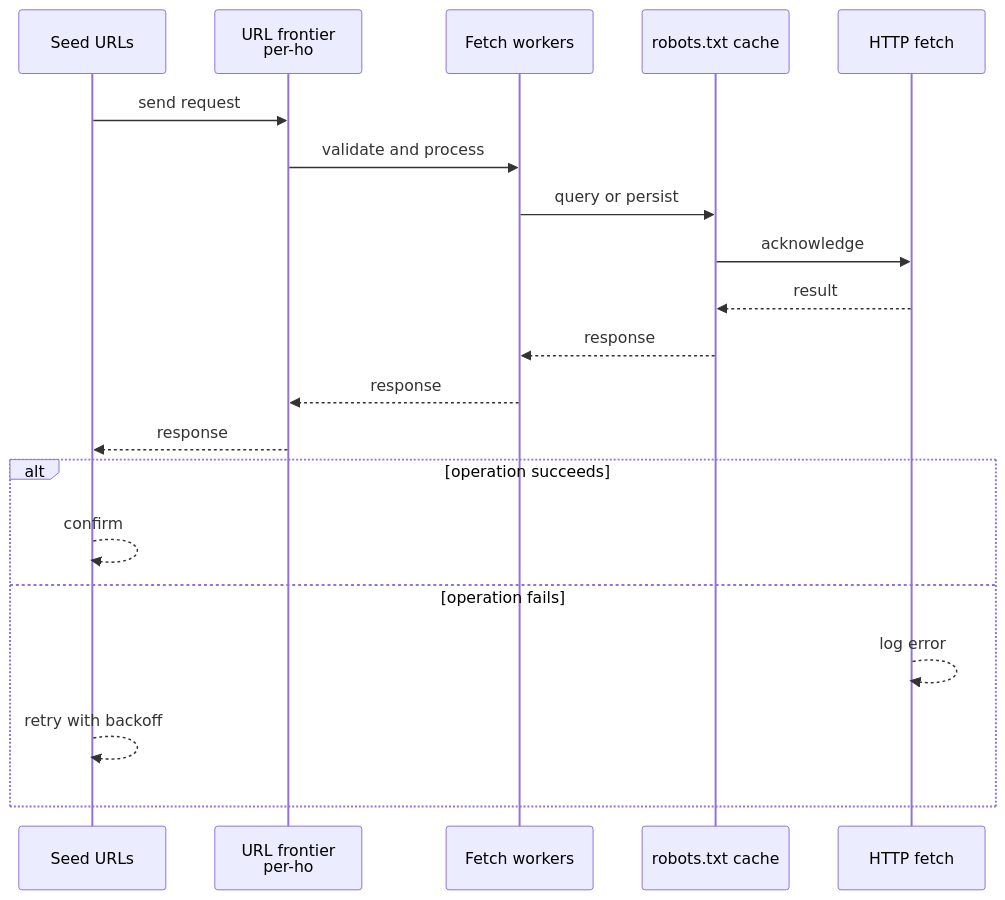
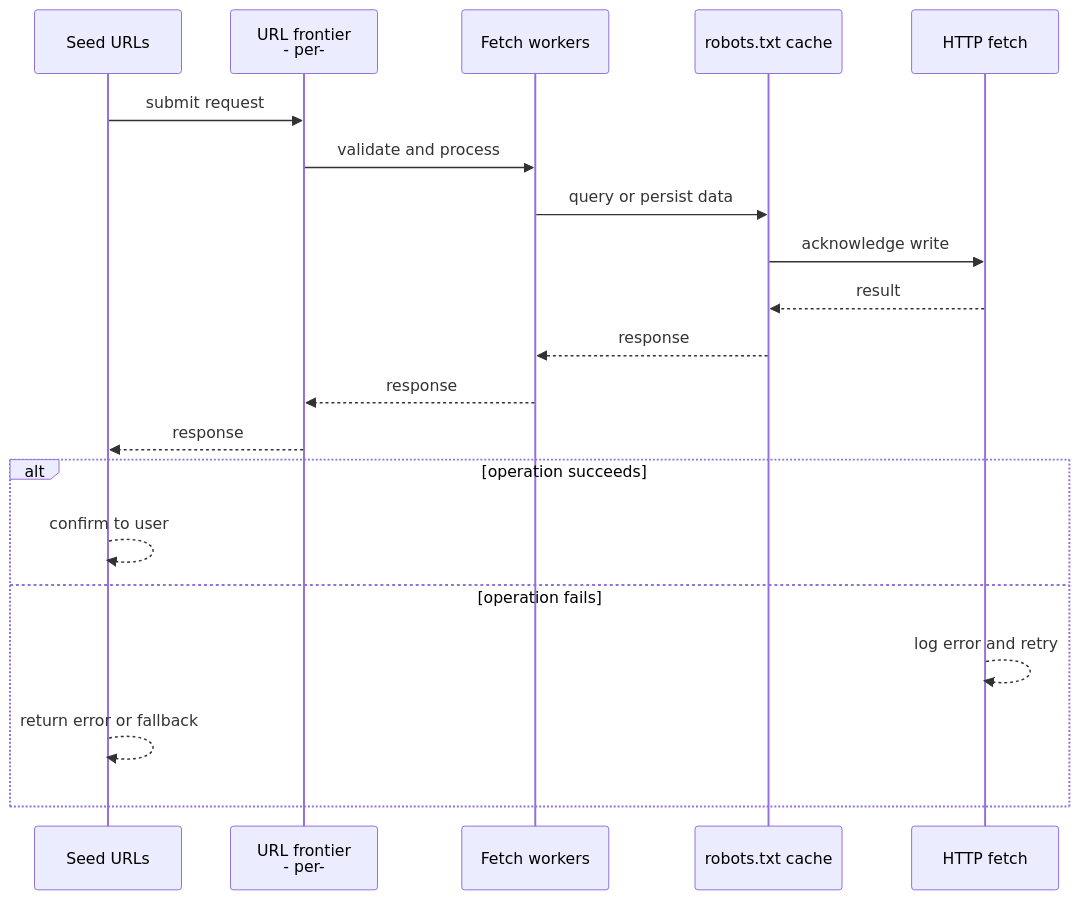
One commit to RIT-MESH/system-design-mastery changed the second of 4 diagrams in case-studies/beginner/web-crawler.md. Above: the diagram before and after it, drawn with Mermaid. The commit also changed other lines of this file and 127 other files, not shown here.

First line of the commit message:
Improve all case study diagrams: case-specific sequences, fix truncated labels

````diff
--- a/case-studies/beginner/web-crawler.md
+++ b/case-studies/beginner/web-crawler.md
@@ -80,23 +80,23 @@
 ```mermaid
 %% created-for: system-design-mastery
 sequenceDiagram
-  participant C0 as Seed URLs
-  participant C1 as URL frontier<br > per-ho
-  participant C2 as Fetch workers
-  participant C3 as robots.txt cache
-  participant C4 as HTTP fetch
-  C0 ->> C1: send request
-  C1 ->> C2: validate and process
-  C2 ->> C3: query or persist
-  C3 ->> C4: acknowledge
-  C4 -->> C3: result
-  C3 -->> C2: response
-  C2 -->> C1: response
-  C1 -->> C0: response
+  participant P0 as Seed URLs
+  participant P1 as URL frontier<br > - per-
+  participant P2 as Fetch workers
+  participant P3 as robots.txt cache
+  participant P4 as HTTP fetch
+  P0 ->> P1: submit request
+  P1 ->> P2: validate and process
+  P2 ->> P3: query or persist data
+  P3 ->> P4: acknowledge write
+  P4 -->> P3: result
+  P3 -->> P2: response
+  P2 -->> P1: response
+  P1 -->> P0: response
   alt operation succeeds
-    C0 -->> C0: confirm
+    P0 -->> P0: confirm to user
   else operation fails
-    C4 -->> C4: log error
-    C0 -->> C0: retry with backoff
+    P4 -->> P4: log error and retry
+    P0 -->> P0: return error or fallback
   end
 ```
````
